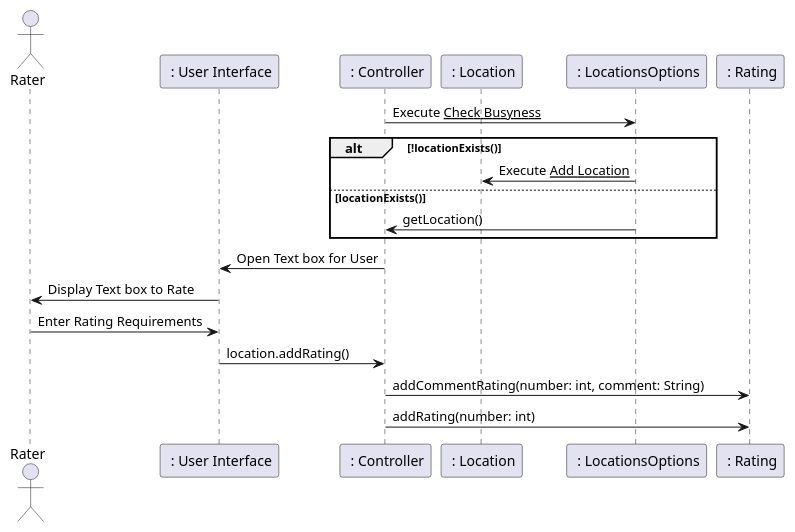
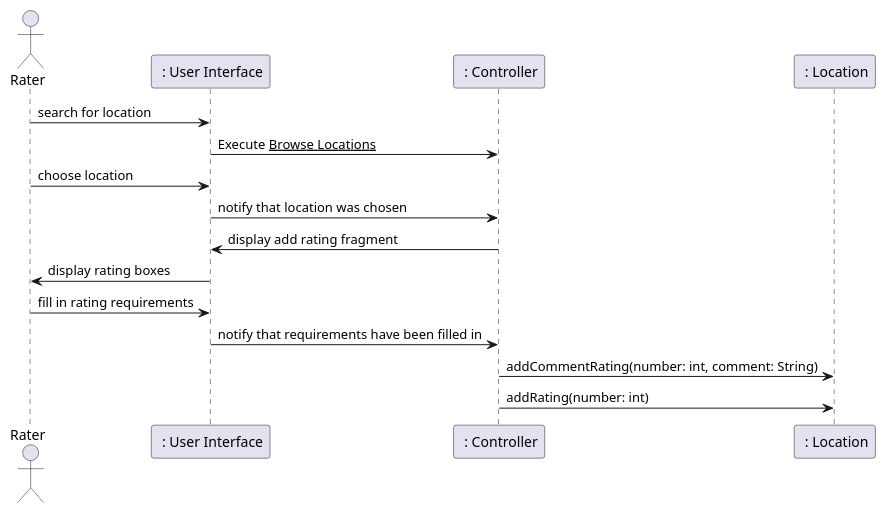
Before and after one commit to manoushpajouh/Vassar-Crowdmeter: the fifth of 6 diagrams in intellij/documentation/design.md, drawn with PlantUML. The commit also changed other lines of this file and 32 other files, not shown here.

Commit message:
updating the readme document and the design document to include new changes graphically

````diff
--- a/intellij/documentation/design.md
+++ b/intellij/documentation/design.md
@@ -174,26 +202,22 @@
 ```plantuml
 @startuml
 actor Rater as rater 
 
 participant " : User Interface" as ui
 participant " : Controller" as controller
 participant " : Location" as location 
-participant " : LocationsOptions" as locOps 
-participant " : Rating" as ratings 
 
-controller -> locOps : Execute __Check Busyness__
-    alt !locationExists()
-        locOps -> location : Execute __Add Location__ 
-    else locationExists()
-        locOps  -> controller : getLocation()
-    end
-   
-controller -> ui : Open Text box for User
-ui -> rater : Display Text box to Rate
-rater -> ui : Enter Rating Requirements
-ui -> controller : location.addRating()
-controller -> ratings : addCommentRating(number: int, comment: String)
-controller -> ratings : addRating(number: int)
+
+rater -> ui : search for location 
+ui -> controller: Execute __Browse Locations__
+rater -> ui: choose location 
+ui -> controller: notify that location was chosen 
+controller -> ui : display add rating fragment 
+ui -> rater : display rating boxes 
+rater -> ui : fill in rating requirements
+ui -> controller: notify that requirements have been filled in
+controller -> location : addCommentRating(number: int, comment: String)
+controller -> location : addRating(number: int)
 
 @enduml
 ```
````
